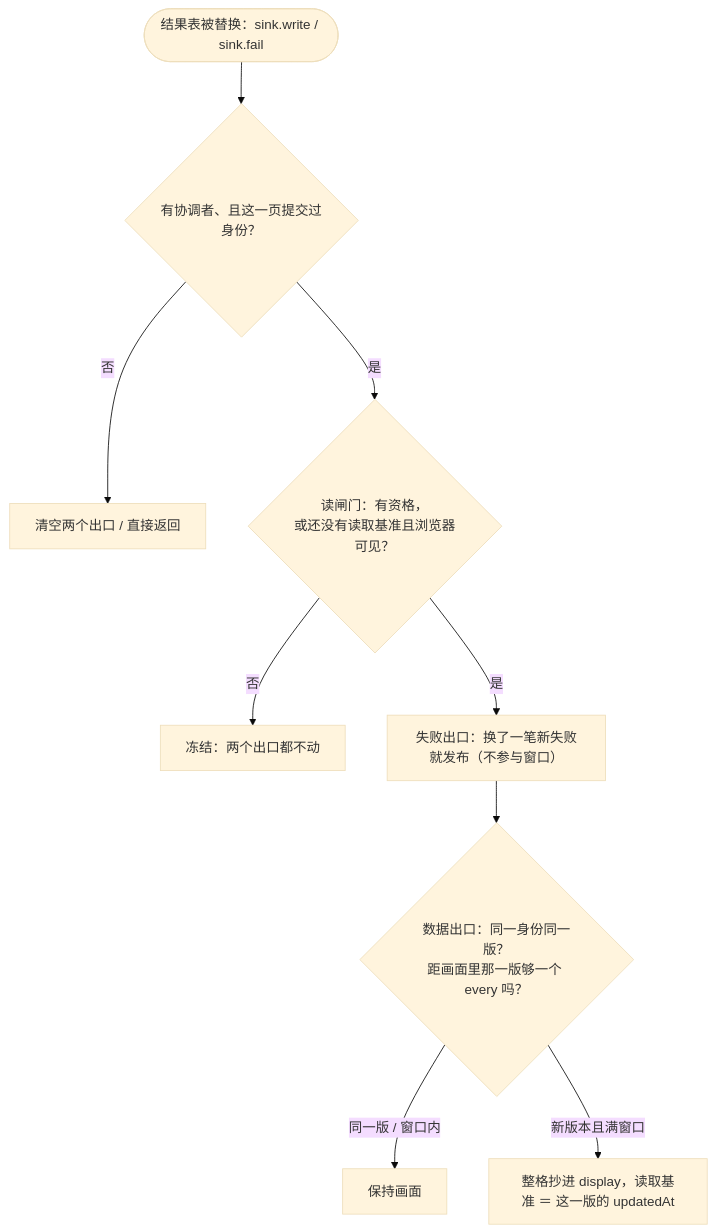
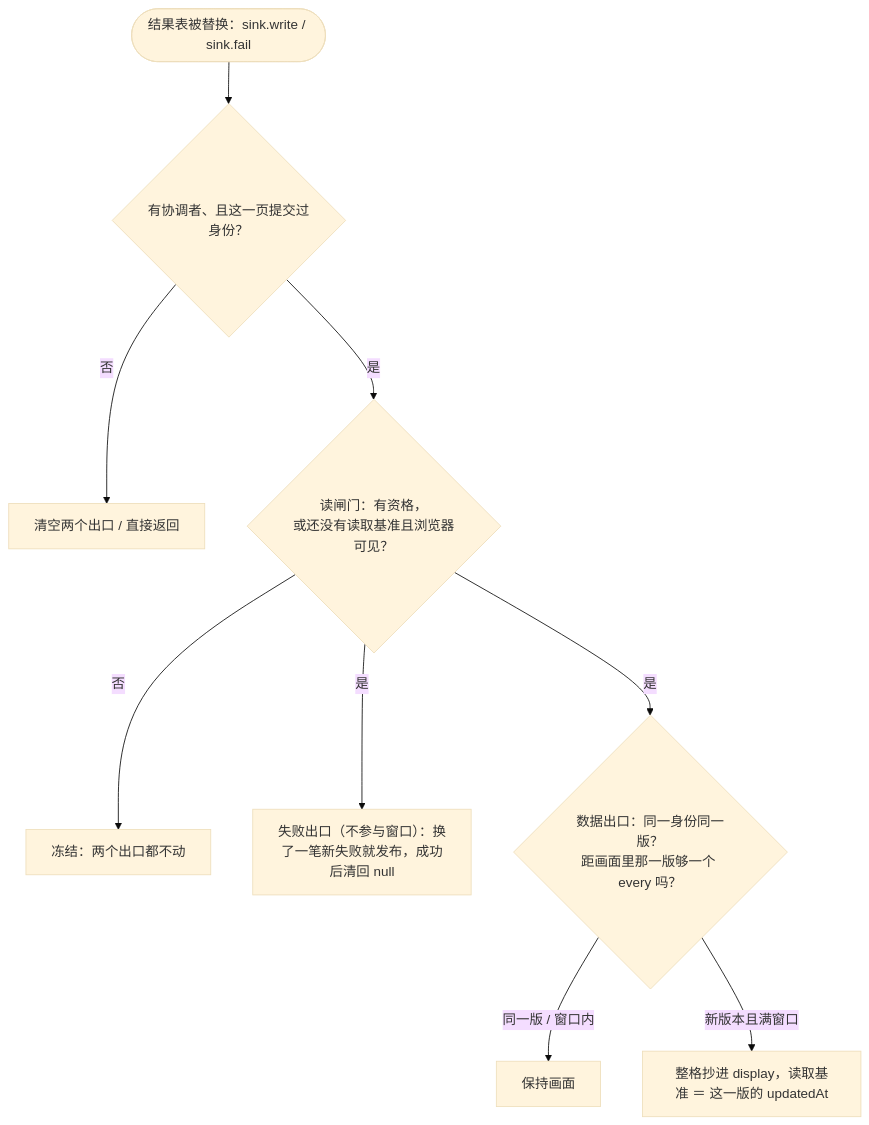
One commit to anjing0524/vue-refresh changed the fourth of 4 diagrams in DESIGN.md. Above: the diagram before and after it, drawn with Mermaid (base theme). The commit also changed other lines of this file and 2 other files, not shown here.

Commit message:
DESIGN 修文档与图错误：删 §1.3 重复块、对齐失效引用与计数、四张图改对入口与分岔（ADR-119）

````diff
--- a/DESIGN.md
+++ b/DESIGN.md
@@ -418,11 +406,11 @@
 ```mermaid
 flowchart TD
   Wake(["结果表被替换：sink.write / sink.fail"]) --> Ready{"有协调者、且这一页提交过身份？"}
   Ready -->|"否"| Idle["清空两个出口 / 直接返回"]
   Ready -->|"是"| Gate{"读闸门：有资格，<br/>或还没有读取基准且浏览器可见？"}
   Gate -->|"否"| Freeze["冻结：两个出口都不动"]
-  Gate -->|"是"| Fail["失败出口：换了一笔新失败就发布（不参与窗口）"]
-  Fail --> Fresh{"数据出口：同一身份同一版？<br/>距画面里那一版够一个 every 吗？"}
+  Gate -->|"是"| Fail["失败出口（不参与窗口）：换了一笔新失败就发布，成功后清回 null"]
+  Gate -->|"是"| Fresh{"数据出口：同一身份同一版？<br/>距画面里那一版够一个 every 吗？"}
   Fresh -->|"同一版 / 窗口内"| Keep["保持画面"]
   Fresh -->|"新版本且满窗口"| Paint["整格抄进 display，读取基准 ＝ 这一版的 updatedAt"]
 ```
````
